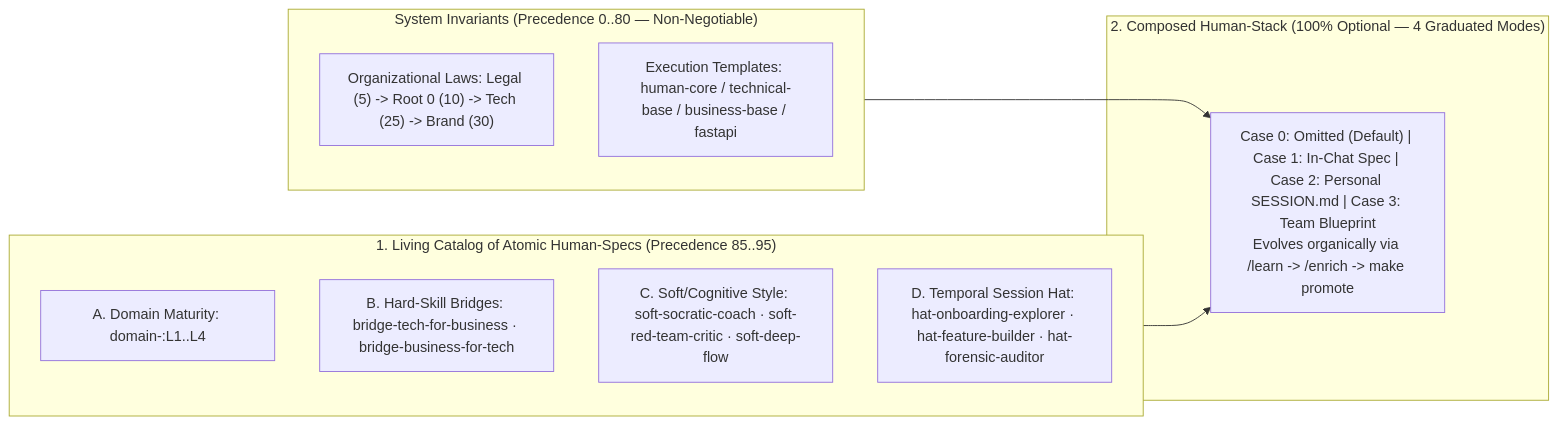
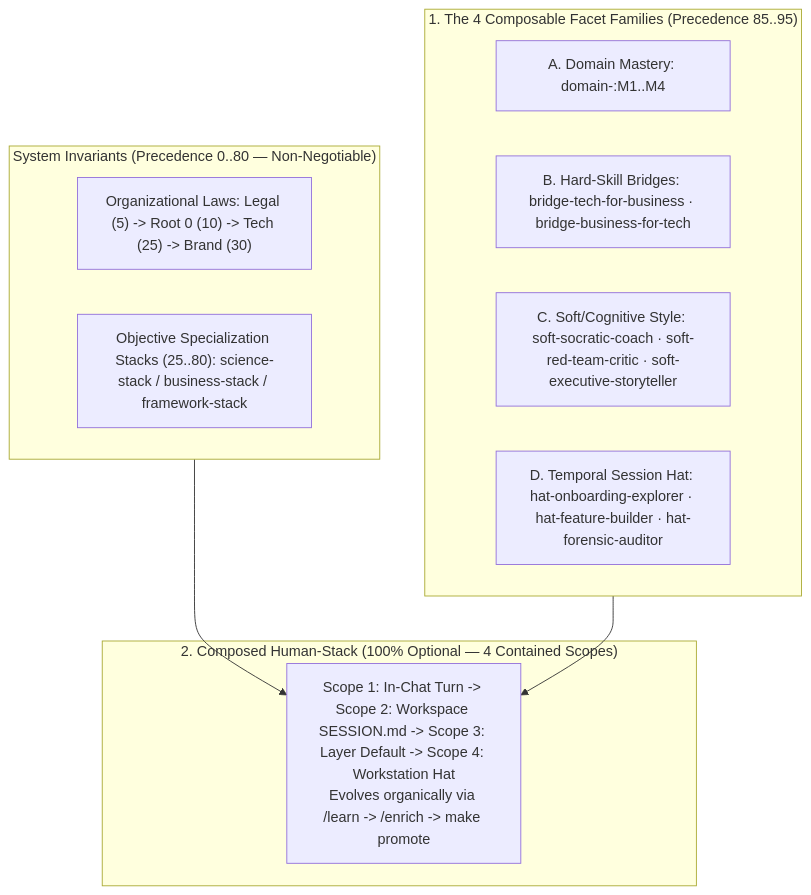
One commit to mtwuser/dotfiles-ubuntu changed the second of 3 diagrams in docs/reference/cross_departmental_and_human_stack_matrix.md. Above: the diagram before and after it, drawn with Mermaid. The commit also changed other lines of this file and 148 other files, not shown here.

````diff
--- a/docs/reference/cross_departmental_and_human_stack_matrix.md
+++ b/docs/reference/cross_departmental_and_human_stack_matrix.md
@@ -169,21 +174,21 @@
 ```mermaid
-flowchart LR
+flowchart TD
     subgraph Laws["System Invariants (Precedence 0..80 — Non-Negotiable)"]
         O1["Organizational Laws: Legal (5) -> Root 0 (10) -> Tech (25) -> Brand (30)"]
-        O2["Execution Templates: human-core / technical-base / business-base / fastapi"]
+        O2["Objective Specialization Stacks (25..80): science-stack / business-stack / framework-stack"]
     end
 
-    subgraph Specs["1. Living Catalog of Atomic Human-Specs (Precedence 85..95)"]
-        S1["A. Domain Maturity: domain-<area>:L1..L4"]
+    subgraph Specs["1. The 4 Composable Facet Families (Precedence 85..95)"]
+        S1["A. Domain Mastery: domain-<area>:M1..M4"]
         S2["B. Hard-Skill Bridges: bridge-tech-for-business · bridge-business-for-tech"]
-        S3["C. Soft/Cognitive Style: soft-socratic-coach · soft-red-team-critic · soft-deep-flow"]
+        S3["C. Soft/Cognitive Style: soft-socratic-coach · soft-red-team-critic · soft-executive-storyteller"]
         S4["D. Temporal Session Hat: hat-onboarding-explorer · hat-feature-builder · hat-forensic-auditor"]
     end
 
-    subgraph Stack["2. Composed Human-Stack (100% Optional — 4 Graduated Modes)"]
-        HS["Case 0: Omitted (Default) | Case 1: In-Chat Spec | Case 2: Personal SESSION.md | Case 3: Team Blueprint\nEvolves organically via /learn -> /enrich -> make promote"]
+    subgraph Stack["2. Composed Human-Stack (100% Optional — 4 Contained Scopes)"]
+        HS["Scope 1: In-Chat Turn -> Scope 2: Workspace SESSION.md -> Scope 3: Layer Default -> Scope 4: Workstation Hat\nEvolves organically via /learn -> /enrich -> make promote"]
     end
 
     Laws --> HS
     Specs --> HS
 ```
````
